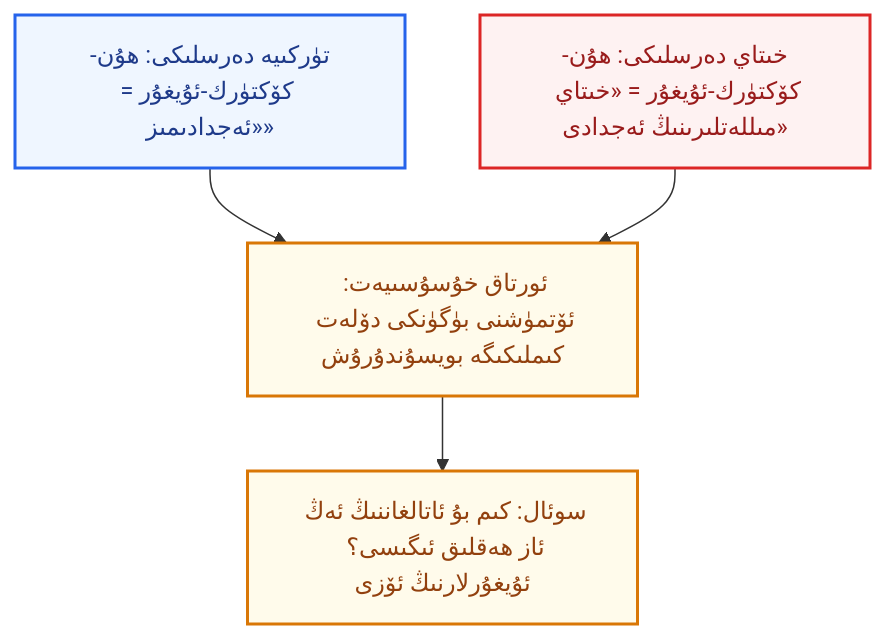
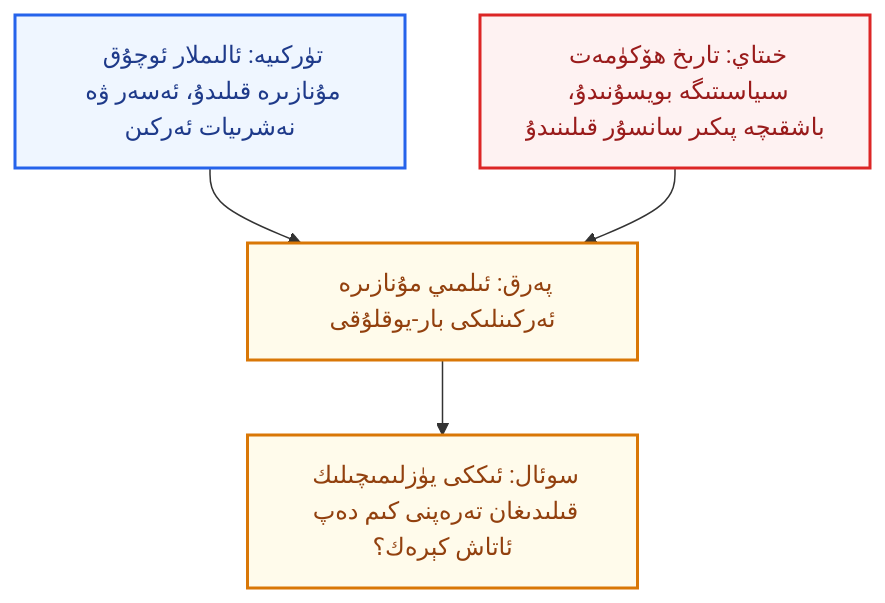
The third of 4 diagrams in _posts/2026-10-25-Turk-Tarix-Derislikliri-We-Xitay-Rewayiti-Reddiye.md (UyCoder/paydilar), drawn with Mermaid before and after one commit. The commit also changed other lines of this file and 9 other files, not shown here.

Commit message:
feat: add RAND Geopolitics of AGI post with 8 images and 4 diagrams; rewrite Turkish textbook post to defend Turkey against Chinese propaganda

````diff
--- a/_posts/2026-10-25-Turk-Tarix-Derislikliri-We-Xitay-Rewayiti-Reddiye.md
+++ b/_posts/2026-10-25-Turk-Tarix-Derislikliri-We-Xitay-Rewayiti-Reddiye.md
@@ -146,12 +152,12 @@
 ```mermaid
 flowchart TD
     classDef tr fill:#eff6ff,stroke:#2563eb,stroke-width:2px,color:#1e3a8a;
     classDef cn fill:#fef2f2,stroke:#dc2626,stroke-width:2px,color:#991b1b;
     classDef shared fill:#fffbeb,stroke:#d97706,stroke-width:2px,color:#92400e;
 
-    A["تۈركىيە دەرسلىكى: ھۇن-كۆكتۈرك-ئۇيغۇر = «ئەجدادىمىز»"]:::tr
-    B["خىتاي دەرسلىكى: ھۇن-كۆكتۈرك-ئۇيغۇر = «خىتاي مىللەتلىرىنىڭ ئەجدادى»"]:::cn
-    A --> S["ئورتاق خۇسۇسىيەت: ئۆتمۈشنى بۈگۈنكى دۆلەت كىملىكىگە بويسۇندۇرۇش"]:::shared
+    A["تۈركىيە: ئالىملار ئوچۇق مۇنازىرە قىلىدۇ، ئەسەر ۋە نەشرىيات ئەركىن"]:::tr
+    B["خىتاي: تارىخ ھۆكۈمەت سىياسىتىگە بويسۇنىدۇ، باشقىچە پىكىر سانسۇر قىلىنىدۇ"]:::cn
+    A --> S["پەرق: ئىلمىي مۇنازىرە ئەركىنلىكى بار-يوقلۇقى"]:::shared
     B --> S
-    S --> Q["سوئال: كىم بۇ ئاتالغاننىڭ ئەڭ ئاز ھەقلىق ئىگىسى؟ ئۇيغۇرلارنىڭ ئۆزى"]:::shared
+    S --> Q["سوئال: ئىككى يۈزلىمىچىلىك قىلىدىغان تەرەپنى كىم دەپ ئاتاش كېرەك؟"]:::shared
 ```
````
